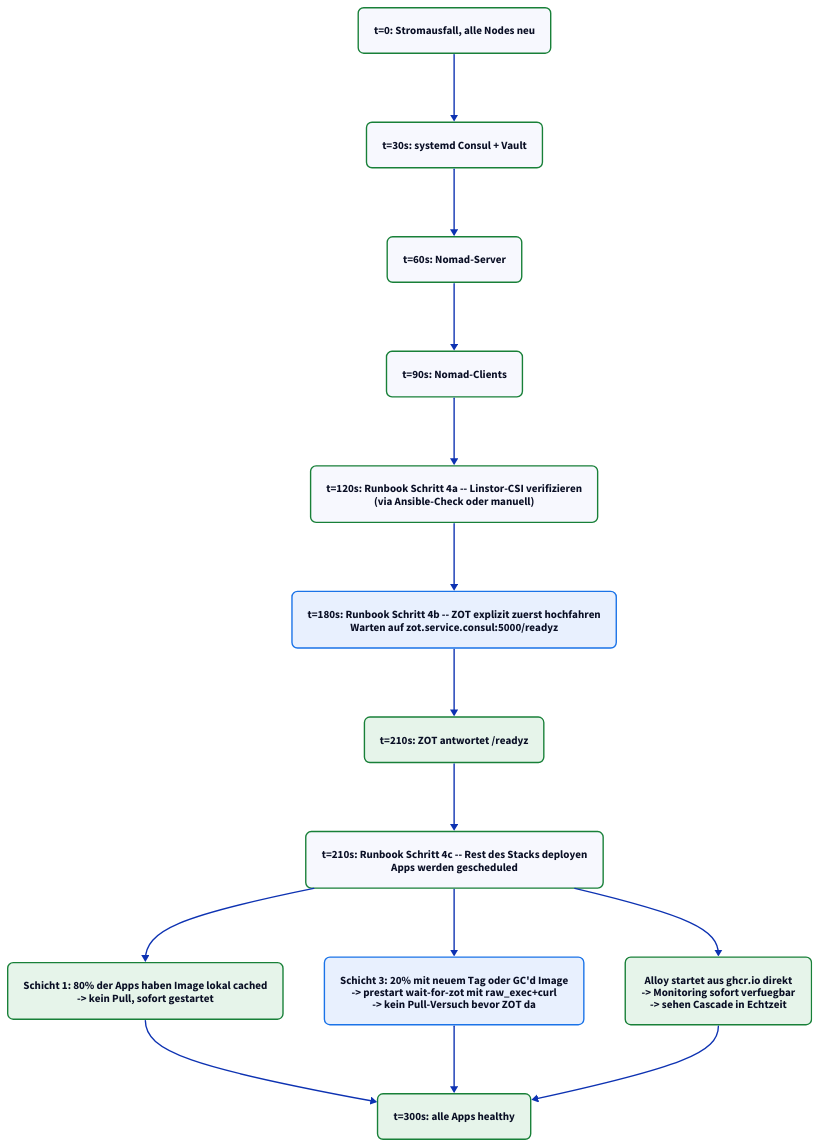
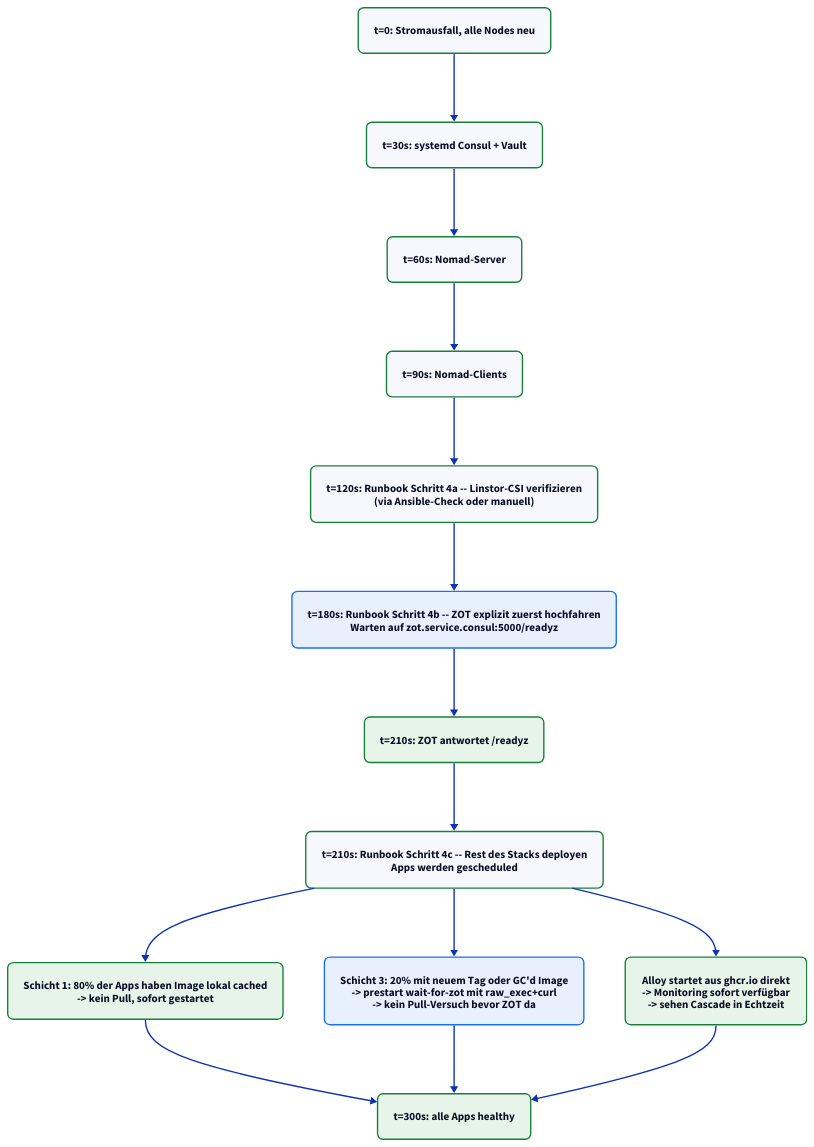
One commit to derever-labs/homelab-wiki changed the fourth of 7 diagrams in docs/_querschnitt/cluster-resilience.md. Above: the diagram before and after it, drawn with D2. The commit also changed other lines of this file and 15 other files, not shown here.

````diff
--- a/docs/_querschnitt/cluster-resilience.md
+++ b/docs/_querschnitt/cluster-resilience.md
@@ -244,38 +244,38 @@
 ```d2
 direction: down
 
 classes: {
   ok: { style: { border-radius: 8; stroke: "#188038" } }
   wait: { style: { border-radius: 8; stroke: "#1a73e8"; fill: "#e8f0fe" } }
   done: { style: { border-radius: 8; stroke: "#188038"; fill: "#e6f4ea" } }
 }
 
 t1: "t=0: Stromausfall, alle Nodes neu" { class: ok }
 t2: "t=30s: systemd Consul + Vault" { class: ok }
 t3: "t=60s: Nomad-Server" { class: ok }
 t4: "t=90s: Nomad-Clients" { class: ok }
 
 t5: "t=120s: Runbook Schritt 4a -- Linstor-CSI verifizieren\n(via Ansible-Check oder manuell)" { class: ok }
 
 t6: "t=180s: Runbook Schritt 4b -- ZOT explizit zuerst hochfahren\nWarten auf zot.service.consul:5000/readyz" { class: wait }
 
 t7: "t=210s: ZOT antwortet /readyz" { class: done }
 
 t8: "t=210s: Runbook Schritt 4c -- Rest des Stacks deployen\nApps werden gescheduled" { class: ok }
 
 t9_cache: "Schicht 1: 80% der Apps haben Image lokal cached\n-> kein Pull, sofort gestartet" { class: done }
 
 t9_wait: "Schicht 3: 20% mit neuem Tag oder GC'd Image\n-> prestart wait-for-zot mit raw_exec+curl\n-> kein Pull-Versuch bevor ZOT da" { class: wait }
 
-t10_alloy: "Alloy startet aus ghcr.io direkt\n-> Monitoring sofort verfuegbar\n-> sehen Cascade in Echtzeit" { class: done }
+t10_alloy: "Alloy startet aus ghcr.io direkt\n-> Monitoring sofort verfügbar\n-> sehen Cascade in Echtzeit" { class: done }
 
 t11: "t=300s: alle Apps healthy" { class: done }
 
 t1 -> t2 -> t3 -> t4 -> t5 -> t6 -> t7 -> t8
 t8 -> t9_cache
 t8 -> t9_wait
 t8 -> t10_alloy
 t9_cache -> t11
 t9_wait -> t11
 t10_alloy -> t11
 ```
````
